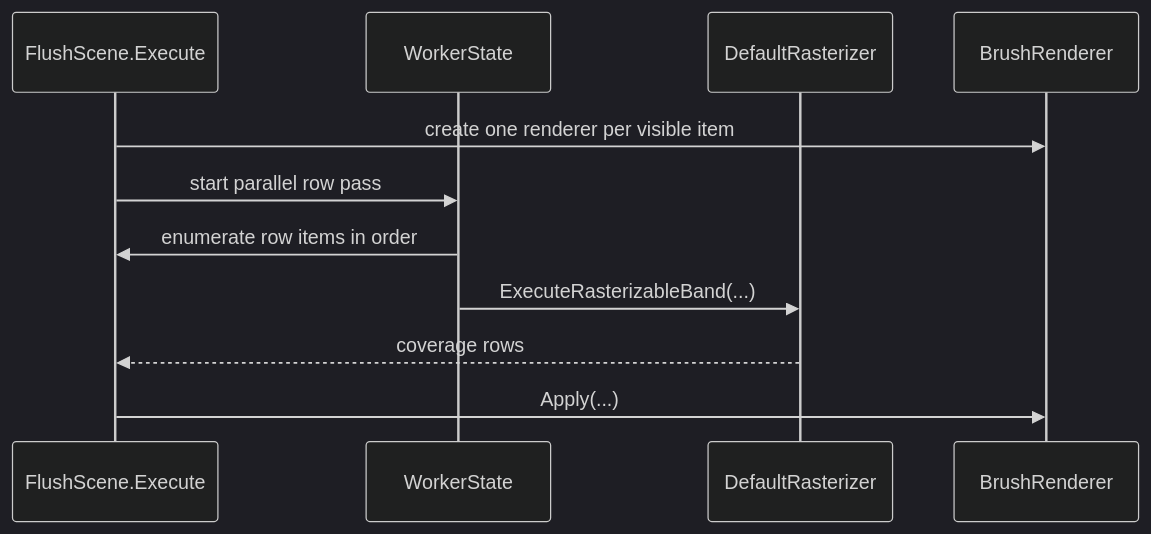
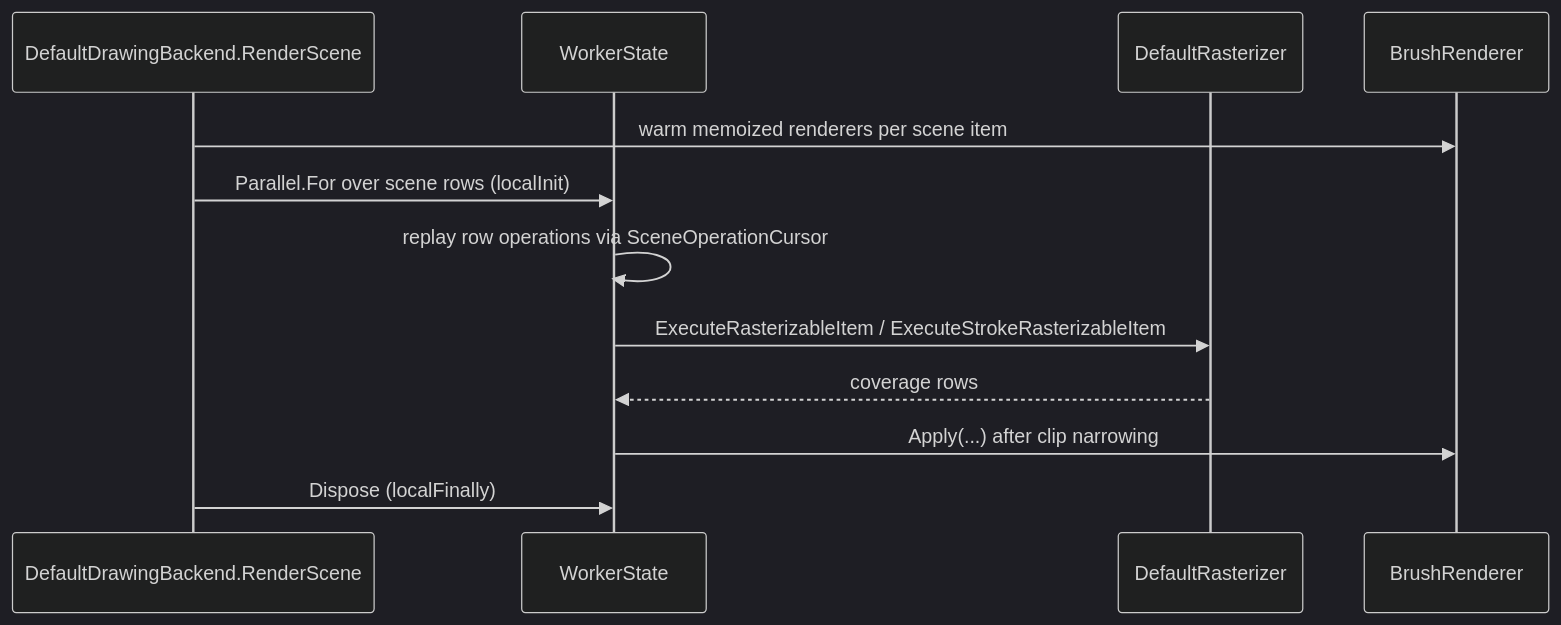
Before and after one commit to SixLabors/ImageSharp.Drawing: the third of 4 diagrams in src/ImageSharp.Drawing/Processing/Backends/DEFAULT_DRAWING_BACKEND.md, drawn with Mermaid (dark theme). The commit also changed other lines of this file and 102 other files, not shown here.

````diff
--- a/src/ImageSharp.Drawing/Processing/Backends/DEFAULT_DRAWING_BACKEND.md
+++ b/src/ImageSharp.Drawing/Processing/Backends/DEFAULT_DRAWING_BACKEND.md
@@ -246,14 +257,15 @@
 ```mermaid
 sequenceDiagram
-    participant Exec as FlushScene.Execute
+    participant Render as DefaultDrawingBackend.RenderScene
     participant Worker as WorkerState
     participant Raster as DefaultRasterizer
     participant Brush as BrushRenderer
 
-    Exec->>Brush: create one renderer per visible item
-    Exec->>Worker: start parallel row pass
-    Worker->>Exec: enumerate row items in order
-    Worker->>Raster: ExecuteRasterizableBand(...)
-    Raster-->>Exec: coverage rows
-    Exec->>Brush: Apply(...)
+    Render->>Brush: warm memoized renderers per scene item
+    Render->>Worker: Parallel.For over scene rows (localInit)
+    Worker->>Worker: replay row operations via SceneOperationCursor
+    Worker->>Raster: ExecuteRasterizableItem / ExecuteStrokeRasterizableItem
+    Raster-->>Worker: coverage rows
+    Worker->>Brush: Apply(...) after clip narrowing
+    Render->>Worker: Dispose (localFinally)
 ```
````
